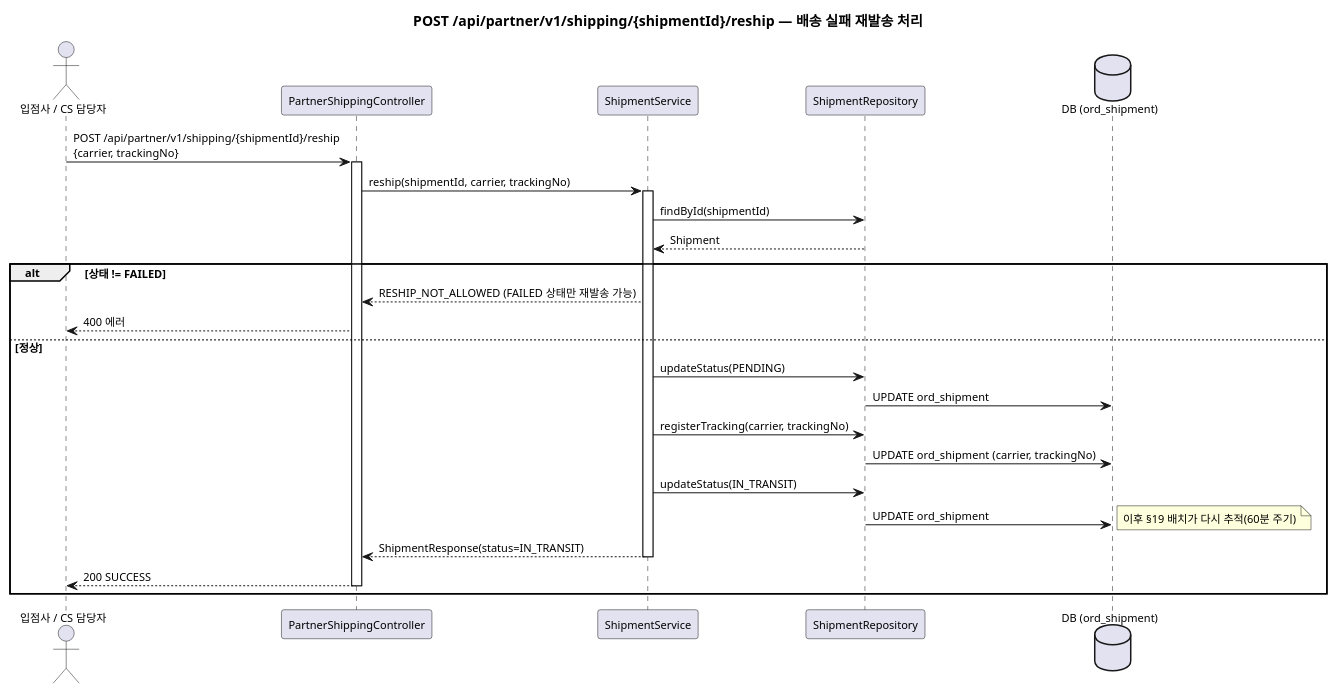
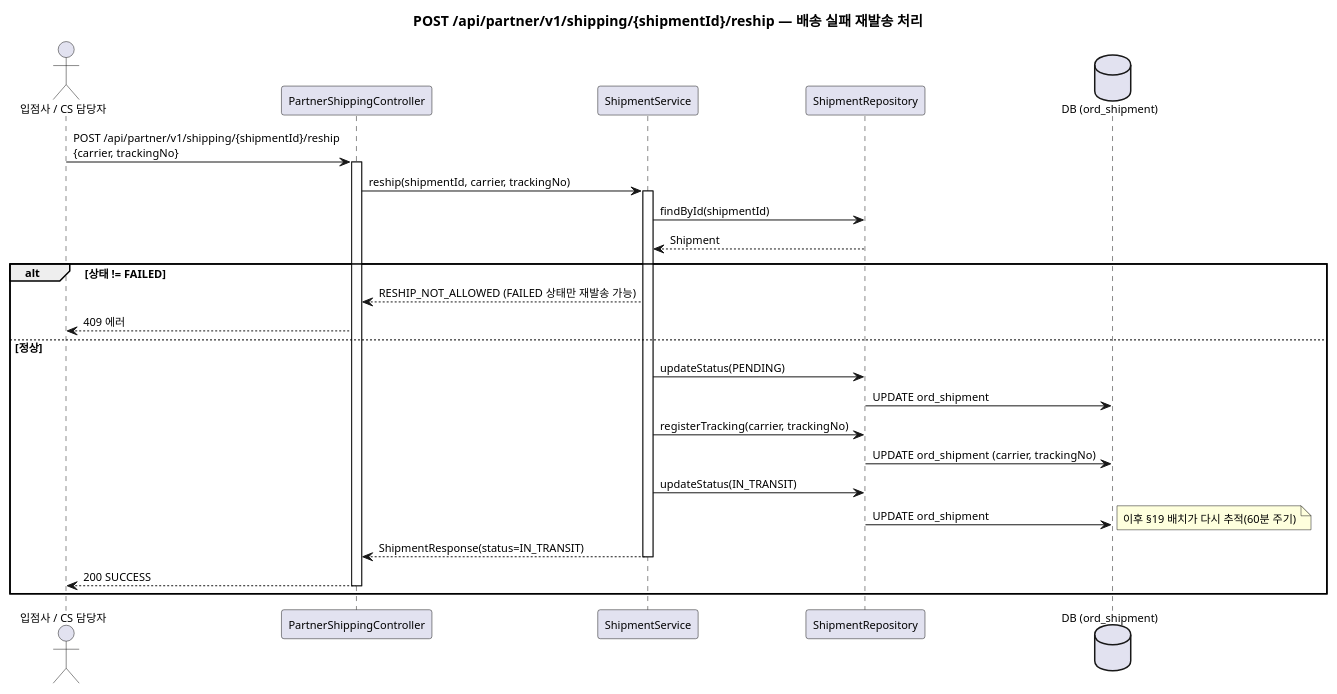
One commit to parknahyun/runNShop changed diagram 26 of 26 in docs/자산화-단계별/S3-상세설계/DM-시퀀스(Order-Payment).md. Above: the diagram before and after it, drawn with PlantUML. The commit also changed other lines of this file and 39 other files, not shown here.

````diff
--- a/docs/자산화-단계별/S3-상세설계/DM-시퀀스(Order-Payment).md
+++ b/docs/자산화-단계별/S3-상세설계/DM-시퀀스(Order-Payment).md
@@ -1411,41 +1411,41 @@
 ```plantuml
 @startuml
 skinparam backgroundColor transparent
 skinparam defaultFontSize 11
 title POST /api/partner/v1/shipping/{shipmentId}/reship — 배송 실패 재발송 처리
 
 actor "입점사 / CS 담당자" as Actor
 participant "PartnerShippingController" as SC
 participant "ShipmentService" as Service
 participant "ShipmentRepository" as Repo
 database "DB (ord_shipment)" as DB
 
 Actor -> SC : POST /api/partner/v1/shipping/{shipmentId}/reship\n{carrier, trackingNo}
 activate SC
 
 SC -> Service : reship(shipmentId, carrier, trackingNo)
 activate Service
 
 Service -> Repo : findById(shipmentId)
 Repo --> Service : Shipment
 
 alt 상태 != FAILED
   Service --> SC : RESHIP_NOT_ALLOWED (FAILED 상태만 재발송 가능)
-  SC --> Actor : 400 에러
+  SC --> Actor : 409 에러
 else 정상
   Service -> Repo : updateStatus(PENDING)
   Repo -> DB : UPDATE ord_shipment
   Service -> Repo : registerTracking(carrier, trackingNo)
   Repo -> DB : UPDATE ord_shipment (carrier, trackingNo)
   Service -> Repo : updateStatus(IN_TRANSIT)
   Repo -> DB : UPDATE ord_shipment
   note right: 이후 §19 배치가 다시 추적(60분 주기)
 
   Service --> SC : ShipmentResponse(status=IN_TRANSIT)
   deactivate Service
   SC --> Actor : 200 SUCCESS
   deactivate SC
 end
 
 @enduml
 ```
````
